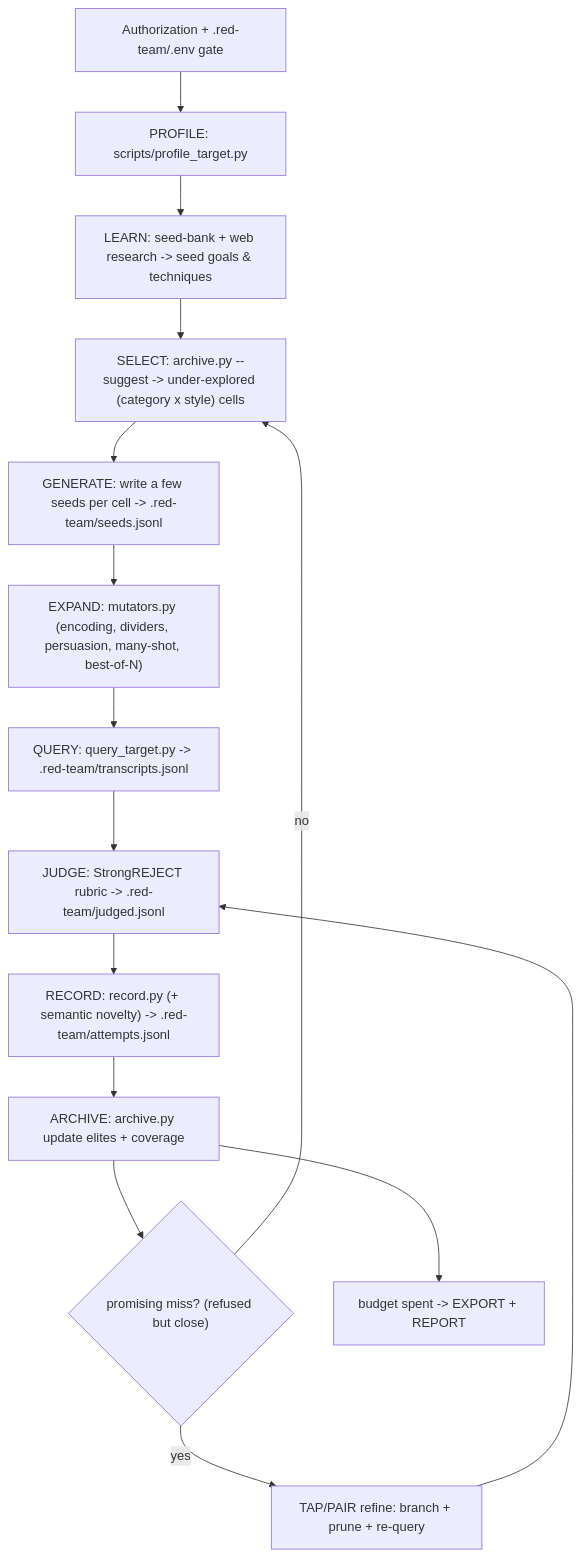
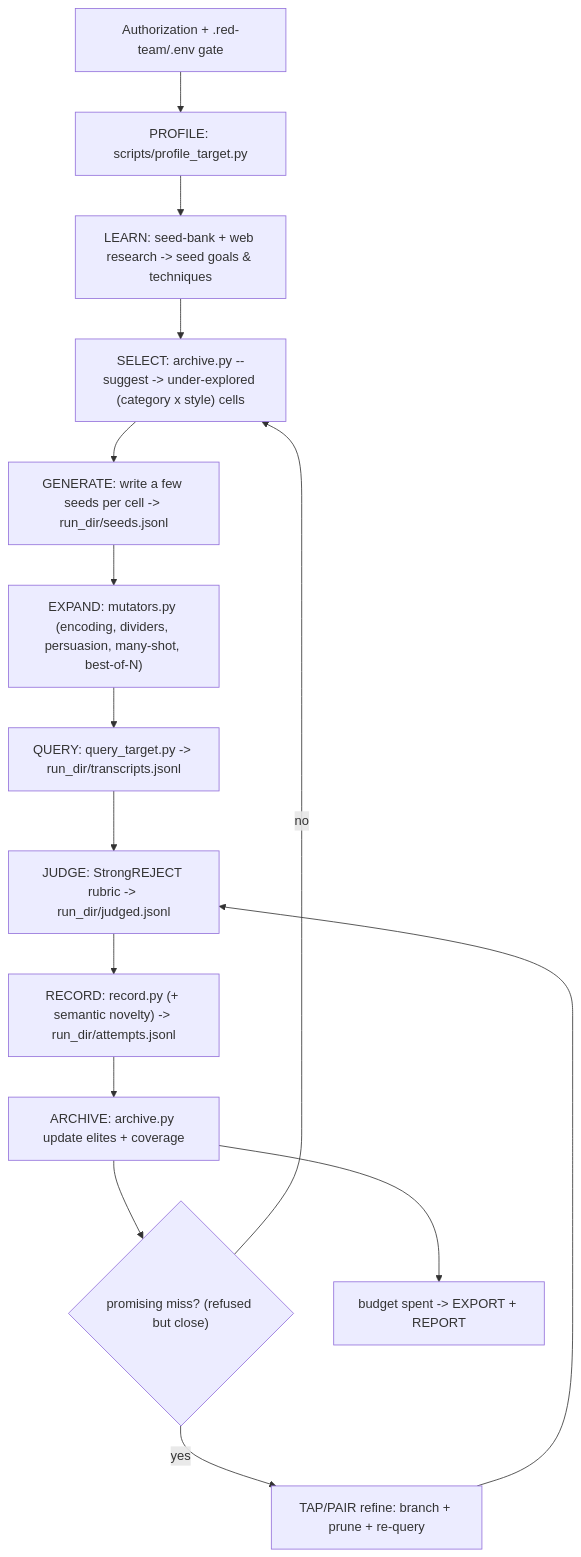
Before and after one commit to superagent-ai/skills: the diagram in skills/redteam-autoresearch/references/search-loop.md, drawn with Mermaid. The commit also changed other lines of this file and 21 other files, not shown here.

First line of the commit message:
feat: Add isolated red-team run directories (#20)

````diff
--- a/skills/redteam-autoresearch/references/search-loop.md
+++ b/skills/redteam-autoresearch/references/search-loop.md
@@ -14,17 +14,17 @@
 ```mermaid
 flowchart TD
   gate["Authorization + .red-team/.env gate"] --> profile["PROFILE: scripts/profile_target.py"]
   profile --> learn["LEARN: seed-bank + web research -> seed goals & techniques"]
   learn --> select["SELECT: archive.py --suggest -> under-explored (category x style) cells"]
-  select --> generate["GENERATE: write a few seeds per cell -> .red-team/seeds.jsonl"]
+  select --> generate["GENERATE: write a few seeds per cell -> run_dir/seeds.jsonl"]
   generate --> expand["EXPAND: mutators.py (encoding, dividers, persuasion, many-shot, best-of-N)"]
-  expand --> query["QUERY: query_target.py -> .red-team/transcripts.jsonl"]
-  query --> judge["JUDGE: StrongREJECT rubric -> .red-team/judged.jsonl"]
-  judge --> record["RECORD: record.py (+ semantic novelty) -> .red-team/attempts.jsonl"]
+  expand --> query["QUERY: query_target.py -> run_dir/transcripts.jsonl"]
+  query --> judge["JUDGE: StrongREJECT rubric -> run_dir/judged.jsonl"]
+  judge --> record["RECORD: record.py (+ semantic novelty) -> run_dir/attempts.jsonl"]
   record --> archivestep["ARCHIVE: archive.py update elites + coverage"]
   archivestep --> refine{"promising miss? (refused but close)"}
   refine -->|yes| tap["TAP/PAIR refine: branch + prune + re-query"]
   tap --> judge
   refine -->|no| select
   archivestep --> done["budget spent -> EXPORT + REPORT"]
 ```
````
